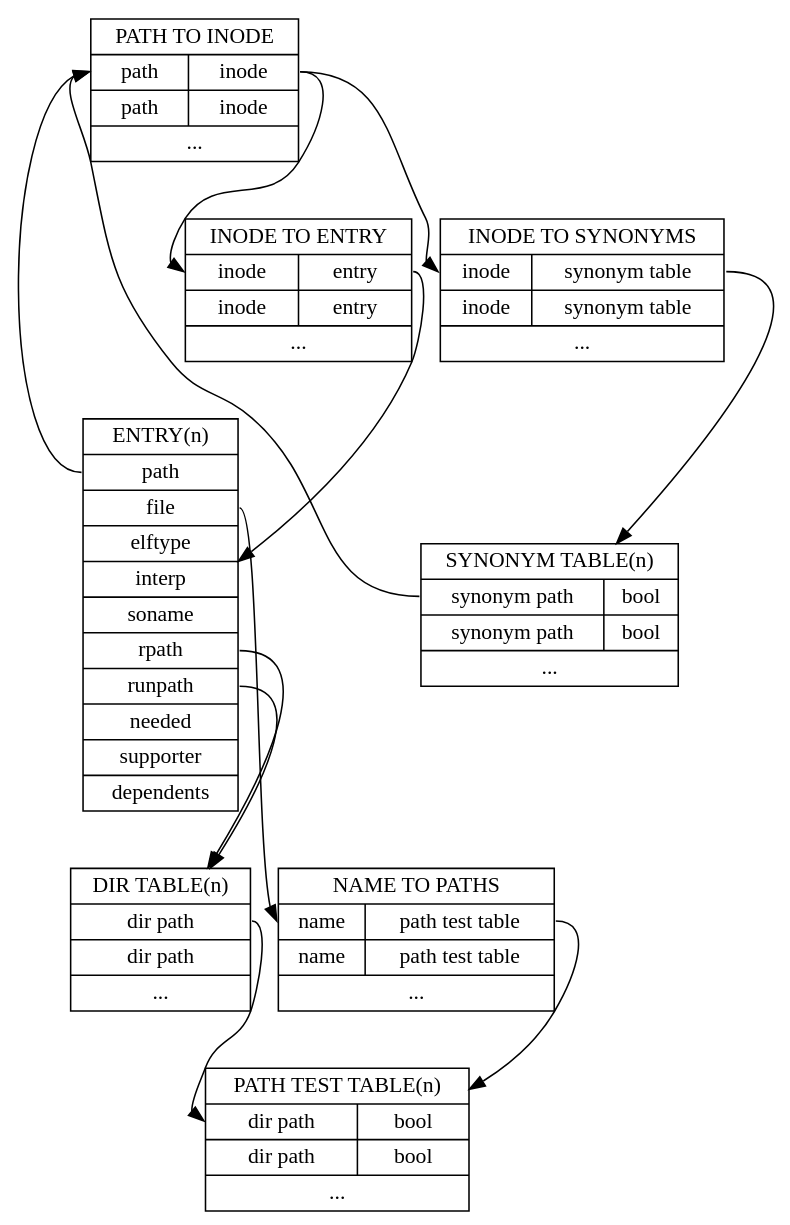
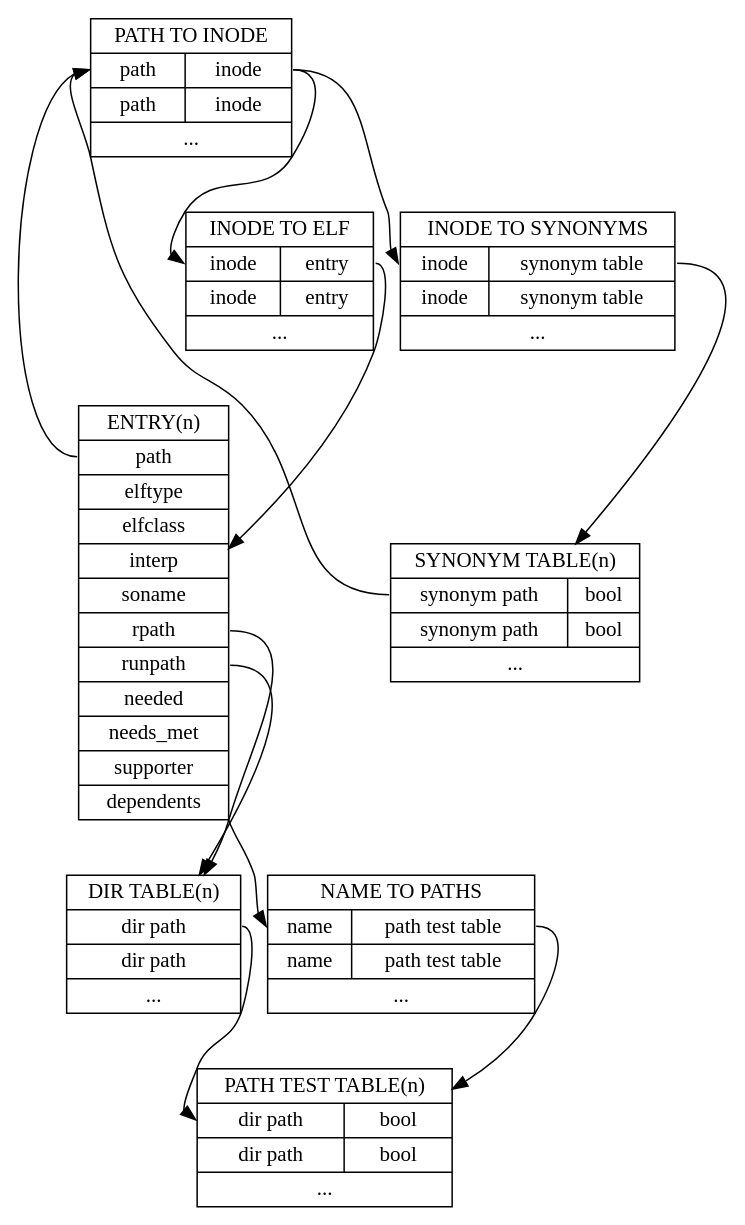
One commit to caoliver/dltool changed the diagram in objects.gv. Above: the diagram before and after it, drawn with Graphviz. The commit also changed 5 other files, not shown here.

```diff
--- a/objects.gv
+++ b/objects.gv
@@ -1,36 +1,36 @@
 digraph dlset {
 page="8.5,11.0"
 size="7,10"
 center=1
 
 	pathtoinode [shape=record,
 		     label="{PATH TO INODE|{<path>path|<inode>inode}|{path|inode}|...}"];
 	
 	inodetoentry [shape=record,
-		      label="{INODE TO ENTRY|{<inode>inode|<entry>entry}|{inode|entry}|...}"];
+		      label="{INODE TO ELF|{<inode>inode|<entry>entry}|{inode|entry}|...}"];
 	
 	inodetosynonyms [shape=record,
 			 label="{INODE TO SYNONYMS|{<inode>inode|<synonymtable>synonym table}|{inode|synonym table}|...}"];
 	
 	synonymtable [shape=record,
 		      label="{SYNONYM TABLE(n)|{<synonym>synonym path|bool}|{synonym path|bool}|...}"];
 	nametopaths [shape=record,
 		     label="{NAME TO PATHS|{<name>name|<pathtesttable>path test table}|{name|path test table}|...}"];
 	pathtesttable [shape=record,
 		   label="{PATH TEST TABLE(n)|{<dirpath>dir path|bool}|{dir path|bool}|...}"]
 	entry [shape=record,
-	       label="{ENTRY(n)|<path>path|<file>file|elftype|interp|soname|<rpath>rpath|<runpath>runpath|needed|supporter|dependents}"];
+	       label="{ENTRY(n)|<path>path|elftype|elfclass|interp|soname|<rpath>rpath|<runpath>runpath|needed|needs_met|supporter|dependents}"];
 	dirtable [shape=record,
 		  label="{DIR TABLE(n)|<dirpath>dir path|dir path|...}"];
 	entry:rpath->dirtable;
 	entry:runpath->dirtable;
 	pathtoinode:inode->inodetoentry:inode;
 	pathtoinode:inode->inodetosynonyms:inode;
 	inodetosynonyms:synonymtable->synonymtable;
 	synonymtable:synonym->pathtoinode:path;
 	inodetoentry:entry->entry;
 	entry:path->pathtoinode:path;
 	entry:file->nametopaths:name;
 	nametopaths:pathtesttable->pathtesttable;
 	dirtable:dirpath->pathtesttable:dirpath
 	}
```
